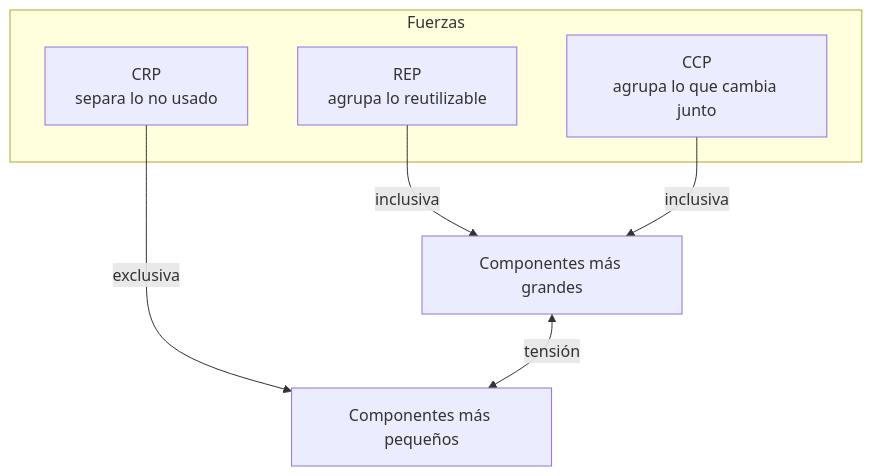
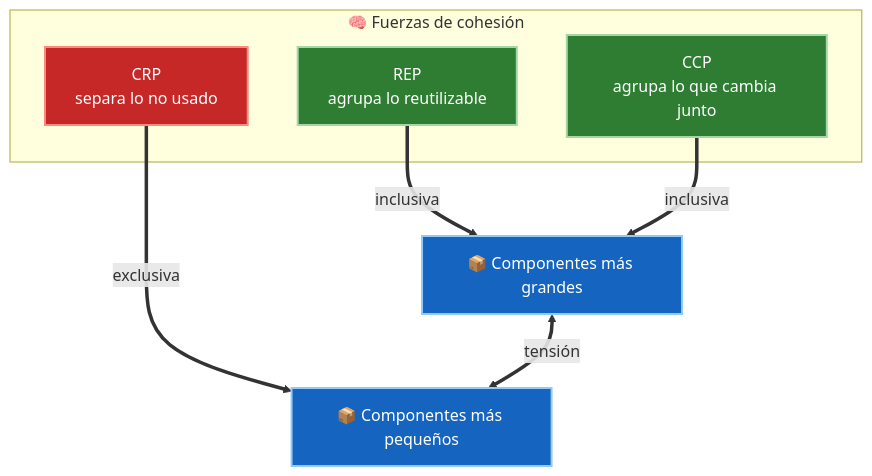
One commit to JavierMachucaA/clean-architecture-guia changed the first of 2 diagrams in 04-principios-de-componentes/01-cohesion-de-componentes.md. Above: the diagram before and after it, drawn with Mermaid. The commit also changed other lines of this file and 45 other files, not shown here.

````diff
--- a/04-principios-de-componentes/01-cohesion-de-componentes.md
+++ b/04-principios-de-componentes/01-cohesion-de-componentes.md
@@ -35,12 +35,18 @@
 ```mermaid
 flowchart TD
-    subgraph Fuerzas
+    subgraph Fuerzas["🧠 Fuerzas de cohesión"]
         REP["REP<br/>agrupa lo reutilizable"]
         CCP["CCP<br/>agrupa lo que cambia junto"]
         CRP["CRP<br/>separa lo no usado"]
     end
-    REP -->|inclusiva| G[Componentes más grandes]
-    CCP -->|inclusiva| G
-    CRP -->|exclusiva| P[Componentes más pequeños]
-    G <-->|tensión| P
+    REP ==>|inclusiva| G["📦 Componentes más grandes"]
+    CCP ==>|inclusiva| G
+    CRP ==>|exclusiva| P["📦 Componentes más pequeños"]
+    G <==>|tensión| P
+
+    style REP fill:#2e7d32,stroke:#a5d6a7,color:#fff,stroke-width:2px
+    style CCP fill:#2e7d32,stroke:#a5d6a7,color:#fff,stroke-width:2px
+    style CRP fill:#c62828,stroke:#ff8a80,color:#fff,stroke-width:2px
+    style G fill:#1565c0,stroke:#90caf9,color:#fff,stroke-width:2px
+    style P fill:#1565c0,stroke:#90caf9,color:#fff,stroke-width:2px
 ```
````
